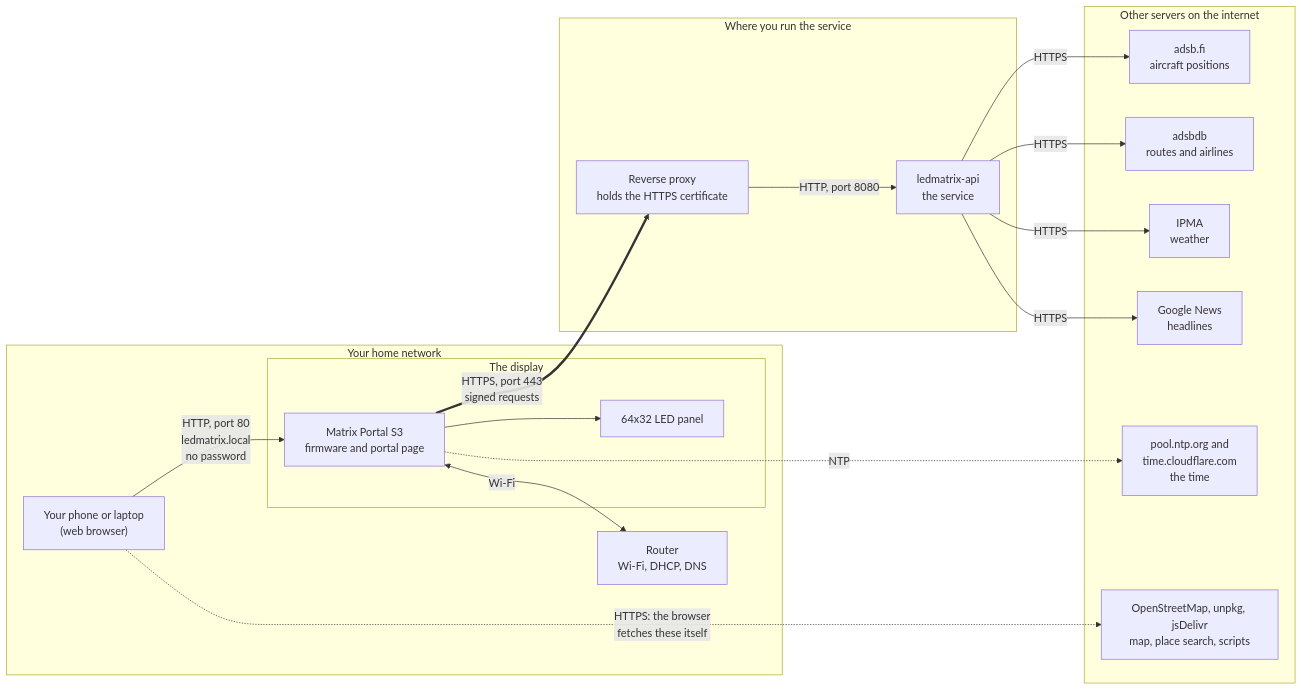
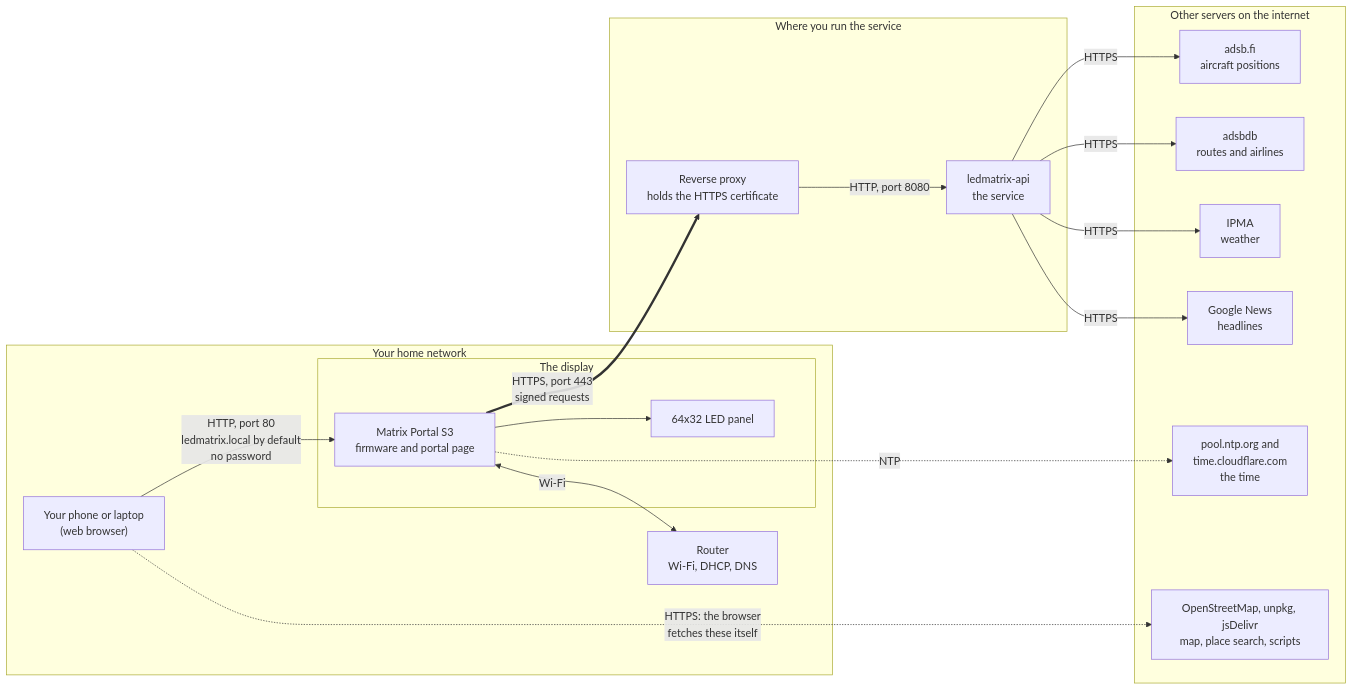
One commit to suvl/ledmatrix changed the first of 12 diagrams in docs/architecture.md. Above: the diagram before and after it, drawn with Mermaid. The commit also changed other lines of this file and 3 other files, not shown here.

````diff
--- a/docs/architecture.md
+++ b/docs/architecture.md
@@ -17,34 +17,34 @@
 ```mermaid
 flowchart LR
   subgraph home["Your home network"]
     browser["Your phone or laptop<br/>(web browser)"]
     router["Router<br/>Wi-Fi, DHCP, DNS"]
     subgraph unit["The display"]
       board["Matrix Portal S3<br/>firmware and portal page"]
       panel["64x32 LED panel"]
       board --> panel
     end
   end
   subgraph host["Where you run the service"]
     proxy["Reverse proxy<br/>holds the HTTPS certificate"]
     svc["ledmatrix-api<br/>the service"]
     proxy -->|"HTTP, port 8080"| svc
   end
   subgraph world["Other servers on the internet"]
     adsb["adsb.fi<br/>aircraft positions"]
     adsbdb["adsbdb<br/>routes and airlines"]
     ipma["IPMA<br/>weather"]
     gnews["Google News<br/>headlines"]
     ntp["pool.ntp.org and<br/>time.cloudflare.com<br/>the time"]
     web["OpenStreetMap, unpkg, jsDelivr<br/>map, place search, scripts"]
   end
-  browser -->|"HTTP, port 80<br/>ledmatrix.local<br/>no password"| board
+  browser -->|"HTTP, port 80<br/>ledmatrix.local by default<br/>no password"| board
   board <-->|"Wi-Fi"| router
   board ==>|"HTTPS, port 443<br/>signed requests"| proxy
   svc -->|"HTTPS"| adsb
   svc -->|"HTTPS"| adsbdb
   svc -->|"HTTPS"| ipma
   svc -->|"HTTPS"| gnews
   board -.->|"NTP"| ntp
   browser -.->|"HTTPS: the browser<br/>fetches these itself"| web
 ```
````
